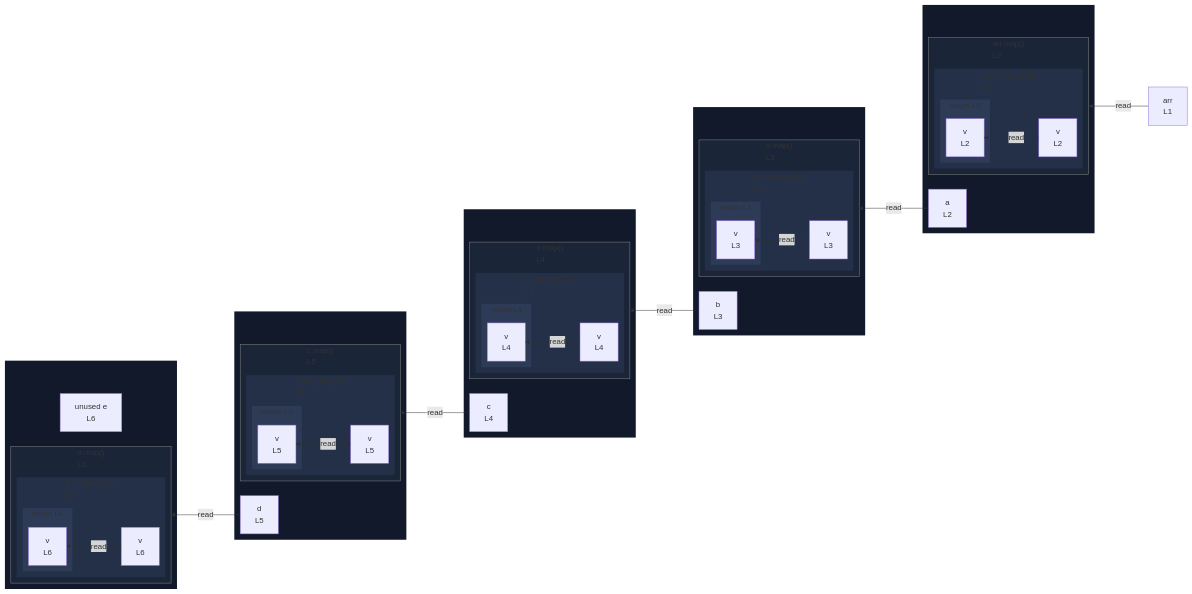
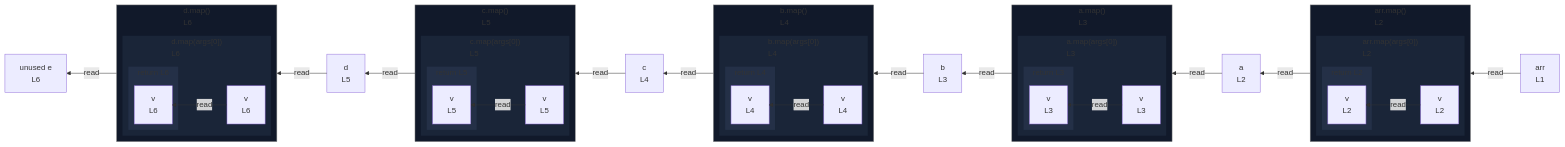
The diagram in integration/fixtures/callback/sequential-bindings/preview.md (crescware/unsnarl), drawn with Mermaid before and after one commit. The commit also changed 105 other files, not shown here.

```diff
--- a/integration/fixtures/callback/sequential-bindings/preview.md
+++ b/integration/fixtures/callback/sequential-bindings/preview.md
@@ -17,81 +17,71 @@
 %%{init: {"flowchart": {"defaultRenderer": "elk"}}}%%
 flowchart RL
   n_scope_0_arr_6["arr<br/>L1"]
-  subgraph wrap_call_proxy_33[" "]
-    direction TB
-    n_scope_0_a_29["a<br/>L2"]
-    subgraph call_proxy_33["arr.map()<br/>L2"]
+  n_scope_0_a_29["a<br/>L2"]
+  n_scope_0_b_62["b<br/>L3"]
+  n_scope_0_c_93["c<br/>L4"]
+  n_scope_0_d_124["d<br/>L5"]
+  n_scope_0_e_155["unused e<br/>L6"]
+  subgraph call_proxy_33["arr.map()<br/>L2"]
+    direction RL
+    subgraph s_scope_1["arr.map(args[0])<br/>L2"]
       direction RL
-      subgraph s_scope_1["arr.map(args[0])<br/>L2"]
+      n_scope_1_v_42["v<br/>L2"]
+      subgraph s_return_scope_1_48_53["return L2"]
         direction RL
-        n_scope_1_v_42["v<br/>L2"]
-        subgraph s_return_scope_1_48_53["return L2"]
-          direction RL
-          ret_use_ref_3["v<br/>L2"]
-        end
+        ret_use_ref_3["v<br/>L2"]
       end
     end
   end
-  subgraph wrap_call_proxy_66[" "]
-    direction TB
-    n_scope_0_b_62["b<br/>L3"]
-    subgraph call_proxy_66["a.map()<br/>L3"]
+  subgraph call_proxy_66["a.map()<br/>L3"]
+    direction RL
+    subgraph s_scope_2["a.map(args[0])<br/>L3"]
       direction RL
-      subgraph s_scope_2["a.map(args[0])<br/>L3"]
+      n_scope_2_v_73["v<br/>L3"]
+      subgraph s_return_scope_2_79_84["return L3"]
         direction RL
-        n_scope_2_v_73["v<br/>L3"]
-        subgraph s_return_scope_2_79_84["return L3"]
-          direction RL
-          ret_use_ref_6["v<br/>L3"]
-        end
+        ret_use_ref_6["v<br/>L3"]
       end
     end
   end
-  subgraph wrap_call_proxy_97[" "]
-    direction TB
-    n_scope_0_c_93["c<br/>L4"]
-    subgraph call_proxy_97["b.map()<br/>L4"]
+  subgraph call_proxy_97["b.map()<br/>L4"]
+    direction RL
+    subgraph s_scope_3["b.map(args[0])<br/>L4"]
       direction RL
-      subgraph s_scope_3["b.map(args[0])<br/>L4"]
+      n_scope_3_v_104["v<br/>L4"]
+      subgraph s_return_scope_3_110_115["return L4"]
         direction RL
-        n_scope_3_v_104["v<br/>L4"]
-        subgraph s_return_scope_3_110_115["return L4"]
-          direction RL
-          ret_use_ref_9["v<br/>L4"]
-        end
+        ret_use_ref_9["v<br/>L4"]
       end
     end
   end
-  subgraph wrap_call_proxy_128[" "]
-    direction TB
-    n_scope_0_d_124["d<br/>L5"]
-    subgraph call_proxy_128["c.map()<br/>L5"]
+  subgraph call_proxy_128["c.map()<br/>L5"]
+    direction RL
+    subgraph s_scope_4["c.map(args[0])<br/>L5"]
       direction RL
-      subgraph s_scope_4["c.map(args[0])<br/>L5"]
+      n_scope_4_v_135["v<br/>L5"]
+      subgraph s_return_scope_4_141_146["return L5"]
         direction RL
-        n_scope_4_v_135["v<br/>L5"]
-        subgraph s_return_scope_4_141_146["return L5"]
-          direction RL
-          ret_use_ref_12["v<br/>L5"]
-        end
+        ret_use_ref_12["v<br/>L5"]
       end
     end
   end
-  subgraph wrap_call_proxy_159[" "]
-    direction TB
-    n_scope_0_e_155["unused e<br/>L6"]
-    subgraph call_proxy_159["d.map()<br/>L6"]
+  subgraph call_proxy_159["d.map()<br/>L6"]
+    direction RL
+    subgraph s_scope_5["d.map(args[0])<br/>L6"]
       direction RL
-      subgraph s_scope_5["d.map(args[0])<br/>L6"]
+      n_scope_5_v_166["v<br/>L6"]
+      subgraph s_return_scope_5_172_177["return L6"]
         direction RL
-        n_scope_5_v_166["v<br/>L6"]
-        subgraph s_return_scope_5_172_177["return L6"]
-          direction RL
-          ret_use_ref_15["v<br/>L6"]
-        end
+        ret_use_ref_15["v<br/>L6"]
       end
     end
   end
+  call_proxy_33 -->|read| n_scope_0_a_29
+  call_proxy_66 -->|read| n_scope_0_b_62
+  call_proxy_97 -->|read| n_scope_0_c_93
+  call_proxy_128 -->|read| n_scope_0_d_124
+  call_proxy_159 -->|read| n_scope_0_e_155
   n_scope_0_arr_6 -->|read| call_proxy_33
   n_scope_1_v_42 -->|read| ret_use_ref_3
   n_scope_0_a_29 -->|read| call_proxy_66
@@ -103,29 +93,23 @@
   n_scope_0_d_124 -->|read| call_proxy_159
   n_scope_5_v_166 -->|read| ret_use_ref_15
   classDef nestL1 fill:#11192a,stroke:transparent;
-  class wrap_call_proxy_33 nestL1;
-  class wrap_call_proxy_66 nestL1;
-  class wrap_call_proxy_97 nestL1;
-  class wrap_call_proxy_128 nestL1;
-  class wrap_call_proxy_159 nestL1;
+  class call_proxy_33 nestL1;
+  class call_proxy_66 nestL1;
+  class call_proxy_97 nestL1;
+  class call_proxy_128 nestL1;
+  class call_proxy_159 nestL1;
   classDef nestL2 fill:#1a2538,stroke:transparent;
-  class call_proxy_33 nestL2;
-  class call_proxy_66 nestL2;
-  class call_proxy_97 nestL2;
-  class call_proxy_128 nestL2;
-  class call_proxy_159 nestL2;
+  class s_scope_1 nestL2;
+  class s_scope_2 nestL2;
+  class s_scope_3 nestL2;
+  class s_scope_4 nestL2;
+  class s_scope_5 nestL2;
   classDef nestL3 fill:#243047,stroke:transparent;
-  class s_scope_1 nestL3;
-  class s_scope_2 nestL3;
-  class s_scope_3 nestL3;
-  class s_scope_4 nestL3;
-  class s_scope_5 nestL3;
-  classDef nestL4 fill:#2d3b57,stroke:transparent;
-  class s_return_scope_1_48_53 nestL4;
-  class s_return_scope_2_79_84 nestL4;
-  class s_return_scope_3_110_115 nestL4;
-  class s_return_scope_4_141_146 nestL4;
-  class s_return_scope_5_172_177 nestL4;
+  class s_return_scope_1_48_53 nestL3;
+  class s_return_scope_2_79_84 nestL3;
+  class s_return_scope_3_110_115 nestL3;
+  class s_return_scope_4_141_146 nestL3;
+  class s_return_scope_5_172_177 nestL3;
   classDef edgeTargetSubgraph stroke:#888;
   class call_proxy_33 edgeTargetSubgraph;
   class call_proxy_66 edgeTargetSubgraph;
```
